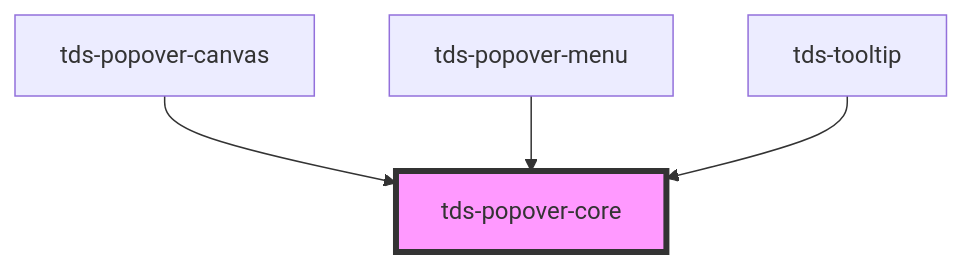
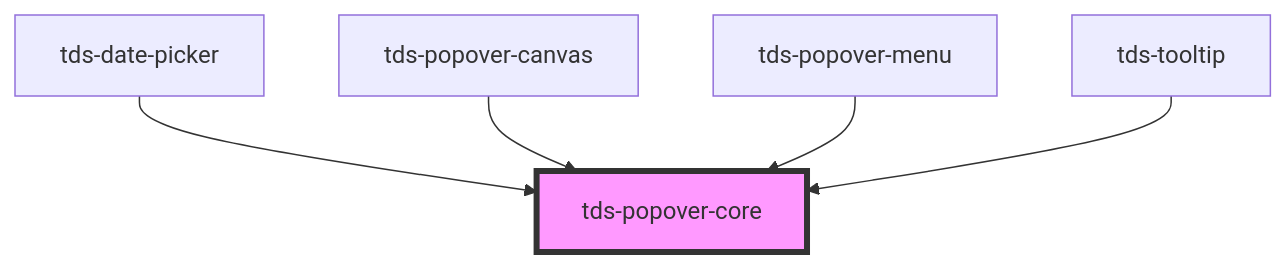
Before and after one commit to scania-digital-design-system/tegel: the diagram in packages/core/src/components/popover-core/readme.md, drawn with Mermaid. The commit also changed other lines of this file and 20 other files, not shown here.

Commit message:
feat(date picker): inital date picker development

````diff
--- a/packages/core/src/components/popover-core/readme.md
+++ b/packages/core/src/components/popover-core/readme.md
@@ -32,7 +33,8 @@
 ```mermaid
 graph TD;
+  tds-date-picker --> tds-popover-core
   tds-popover-canvas --> tds-popover-core
   tds-popover-menu --> tds-popover-core
   tds-tooltip --> tds-popover-core
   style tds-popover-core fill:#f9f,stroke:#333,stroke-width:4px
 ```
````
